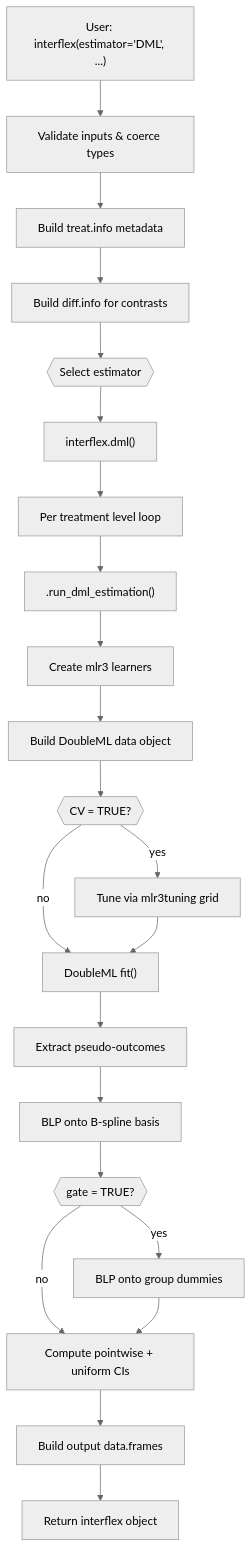
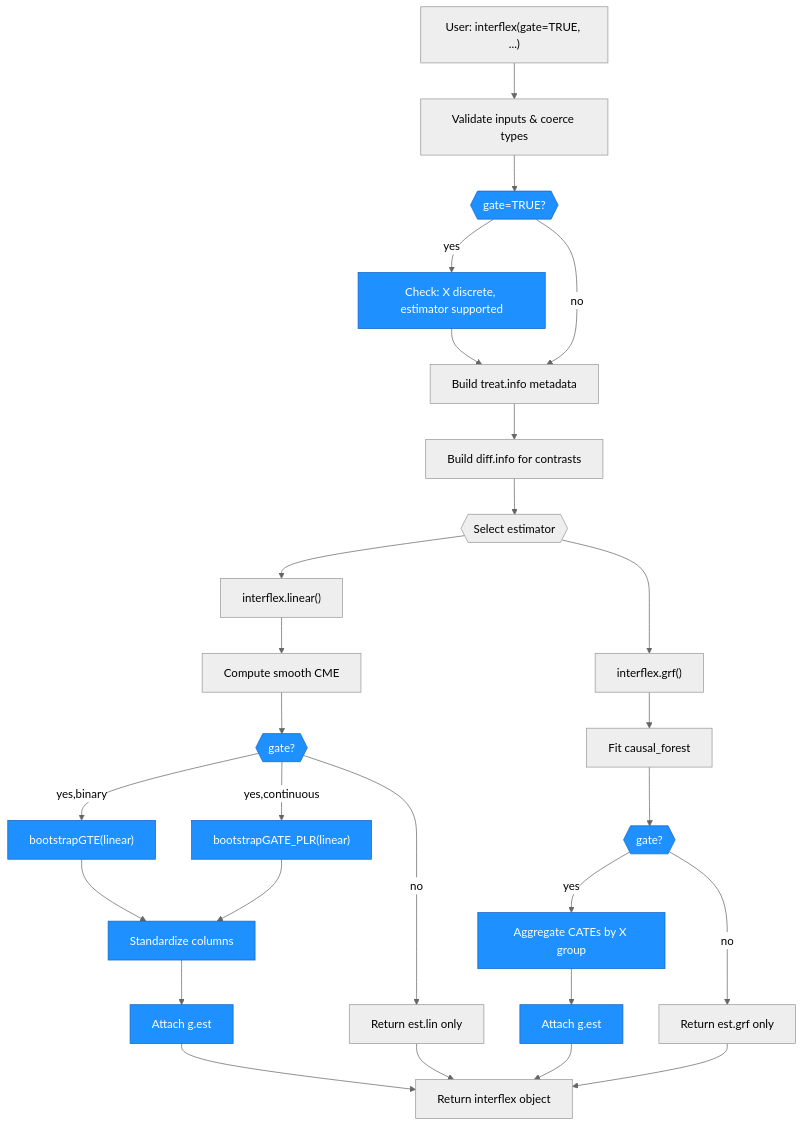
Before and after one commit to xuyiqing/interflex: the fourth of 4 diagrams in architecture.md, drawn with Mermaid. The commit also changed other lines of this file and 19 other files, not shown here.

````diff
--- a/architecture.md
+++ b/architecture.md
@@ -237,28 +269,44 @@
 ```mermaid
 %%{init: {'theme': 'neutral'}}%%
 graph TD
-    INPUT["User: interflex(estimator='DML', ...)"]
+    INPUT["User: interflex(gate=TRUE, ...)"]
     INPUT --> VALIDATE["Validate inputs & coerce types"]
-    VALIDATE --> TREAT["Build treat.info metadata"]
+    VALIDATE --> GATEVAL{{"gate=TRUE?"}}
+    GATEVAL -- yes --> GCHECK["Check: X discrete, estimator supported"]
+    GCHECK --> TREAT["Build treat.info metadata"]
+    GATEVAL -- no --> TREAT
     TREAT --> DIFF["Build diff.info for contrasts"]
     DIFF --> ROUTE{{"Select estimator"}}
 
-    ROUTE --> DMLENTRY["interflex.dml()"]
-    DMLENTRY --> LOOP["Per treatment level loop"]
-    LOOP --> RDE[".run_dml_estimation()"]
-    RDE --> LEARNERS["Create mlr3 learners"]
-    LEARNERS --> DMLDATA["Build DoubleML data object"]
-    DMLDATA --> TUNE{{"CV = TRUE?"}}
-    TUNE -- yes --> TUNING["Tune via mlr3tuning grid"]
-    TUNE -- no --> FIT["DoubleML fit()"]
-    TUNING --> FIT
-    FIT --> PSI["Extract pseudo-outcomes"]
-    PSI --> CATE["BLP onto B-spline basis"]
-    CATE --> GATE{{"gate = TRUE?"}}
-    GATE -- yes --> GATECALC["BLP onto group dummies"]
-    GATE -- no --> CI["Compute pointwise + uniform CIs"]
-    GATECALC --> CI
-    CI --> BUILDOUT["Build output data.frames"]
-    BUILDOUT --> RETURN["Return interflex object"]
+    ROUTE --> LINENTRY["interflex.linear()"]
+    LINENTRY --> LINCME["Compute smooth CME"]
+    LINCME --> LINGATQ{{"gate?"}}
+    LINGATQ -- yes,binary --> BGTE["bootstrapGTE(linear)"]
+    LINGATQ -- yes,continuous --> BGPLR["bootstrapGATE_PLR(linear)"]
+    LINGATQ -- no --> LINOUT["Return est.lin only"]
+    BGTE --> STDCOL["Standardize columns"]
+    BGPLR --> STDCOL
+    STDCOL --> LINGEST["Attach g.est"]
+    LINGEST --> RETURN["Return interflex object"]
+    LINOUT --> RETURN
 
+    ROUTE --> GRFENTRY["interflex.grf()"]
+    GRFENTRY --> GRFCATE["Fit causal_forest"]
+    GRFCATE --> GRFGATQ{{"gate?"}}
+    GRFGATQ -- yes --> GRFAGG["Aggregate CATEs by X group"]
+    GRFAGG --> GRFGEST["Attach g.est"]
+    GRFGATQ -- no --> GRFOUT["Return est.grf only"]
+    GRFGEST --> RETURN
+    GRFOUT --> RETURN
+
+    style GATEVAL fill:#1e90ff,stroke:#1565c0,color:#fff
+    style GCHECK fill:#1e90ff,stroke:#1565c0,color:#fff
+    style LINGATQ fill:#1e90ff,stroke:#1565c0,color:#fff
+    style BGTE fill:#1e90ff,stroke:#1565c0,color:#fff
+    style BGPLR fill:#1e90ff,stroke:#1565c0,color:#fff
+    style STDCOL fill:#1e90ff,stroke:#1565c0,color:#fff
+    style LINGEST fill:#1e90ff,stroke:#1565c0,color:#fff
+    style GRFGATQ fill:#1e90ff,stroke:#1565c0,color:#fff
+    style GRFAGG fill:#1e90ff,stroke:#1565c0,color:#fff
+    style GRFGEST fill:#1e90ff,stroke:#1565c0,color:#fff
 ```
````
